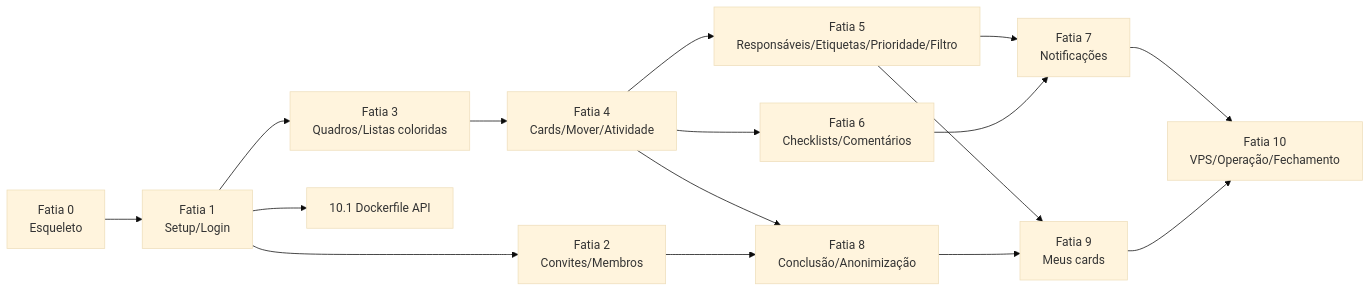
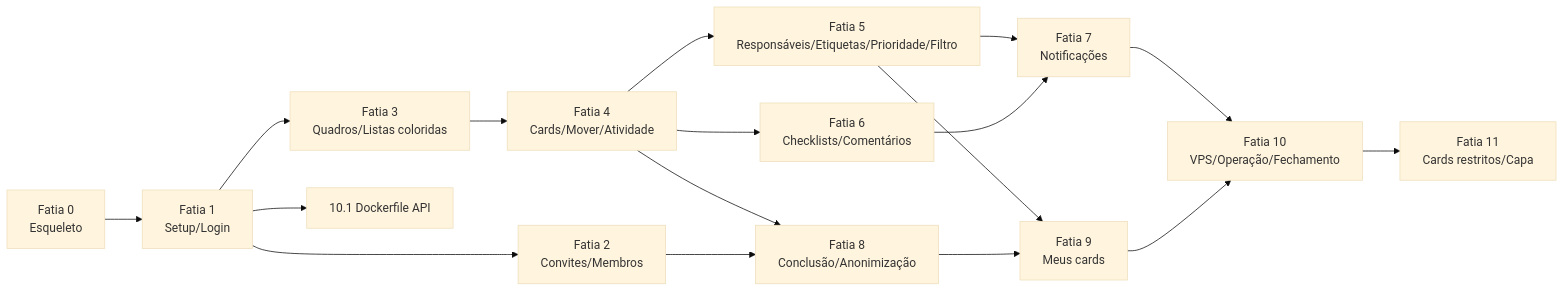
One commit to raphasparda/Ronin-End changed the diagram in docs/architecture/plan.md. Above: the diagram before and after it, drawn with Mermaid (base theme). The commit also changed other lines of this file and 4 other files, not shown here.

First line of the commit message:
docs: arquitetura da fatia 11 (cards restritos e capa do card)

````diff
--- a/docs/architecture/plan.md
+++ b/docs/architecture/plan.md
@@ -174,18 +204,19 @@
 ```mermaid
 flowchart LR
   F0[Fatia 0<br/>Esqueleto] --> F1[Fatia 1<br/>Setup/Login]
   F1 --> F2[Fatia 2<br/>Convites/Membros]
   F1 --> F3[Fatia 3<br/>Quadros/Listas coloridas]
   F3 --> F4[Fatia 4<br/>Cards/Mover/Atividade]
   F4 --> F5[Fatia 5<br/>Responsáveis/Etiquetas/Prioridade/Filtro]
   F4 --> F6[Fatia 6<br/>Checklists/Comentários]
   F4 --> F8[Fatia 8<br/>Conclusão/Anonimização]
   F2 --> F8
   F5 --> F7[Fatia 7<br/>Notificações]
   F6 --> F7
   F5 --> F9[Fatia 9<br/>Meus cards]
   F8 --> F9
   F1 --> F10a[10.1 Dockerfile API]
   F7 --> F10[Fatia 10<br/>VPS/Operação/Fechamento]
   F9 --> F10
+  F10 --> F11[Fatia 11<br/>Cards restritos/Capa]
 ```
````
